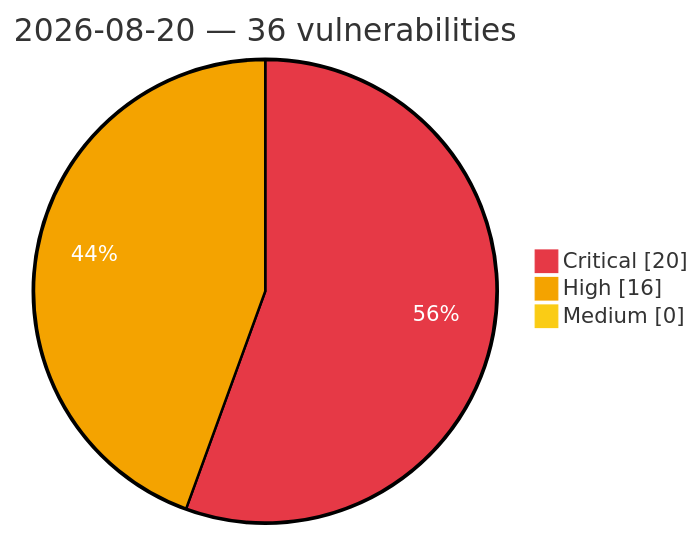
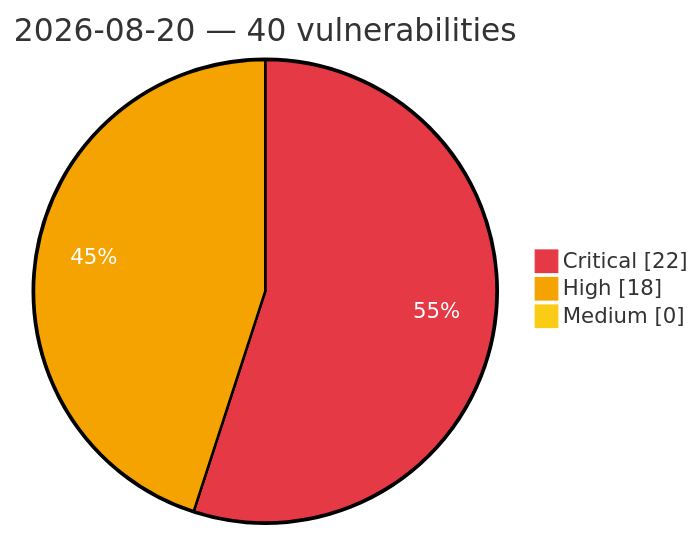
One commit to GhostX0X/vuln-tracker changed the diagram in vulnerabilities/2026/August/2026-08-20.md. Above: the diagram before and after it, drawn with Mermaid. The commit also changed other lines of this file and 5 other files, not shown here.

Commit message:
Auto update: critical/high vulns (2026-08-20 13:34 UTC)

````diff
--- a/vulnerabilities/2026/August/2026-08-20.md
+++ b/vulnerabilities/2026/August/2026-08-20.md
@@ -3,8 +3,8 @@
 ```mermaid
 %%{init: {'theme':'base', 'themeVariables': {'pie1':'#e63946', 'pie2':'#f4a300', 'pie3':'#facc15', 'pieOpacity':'1', 'pieOuterStrokeWidth':'2px', 'pieSectionTextColor':'#ffffff'}}}%%
 pie showData
-    title 2026-08-20 — 36 vulnerabilities
-    "Critical" : 20
-    "High" : 16
+    title 2026-08-20 — 40 vulnerabilities
+    "Critical" : 22
+    "High" : 18
     "Medium" : 0
 ```
````
